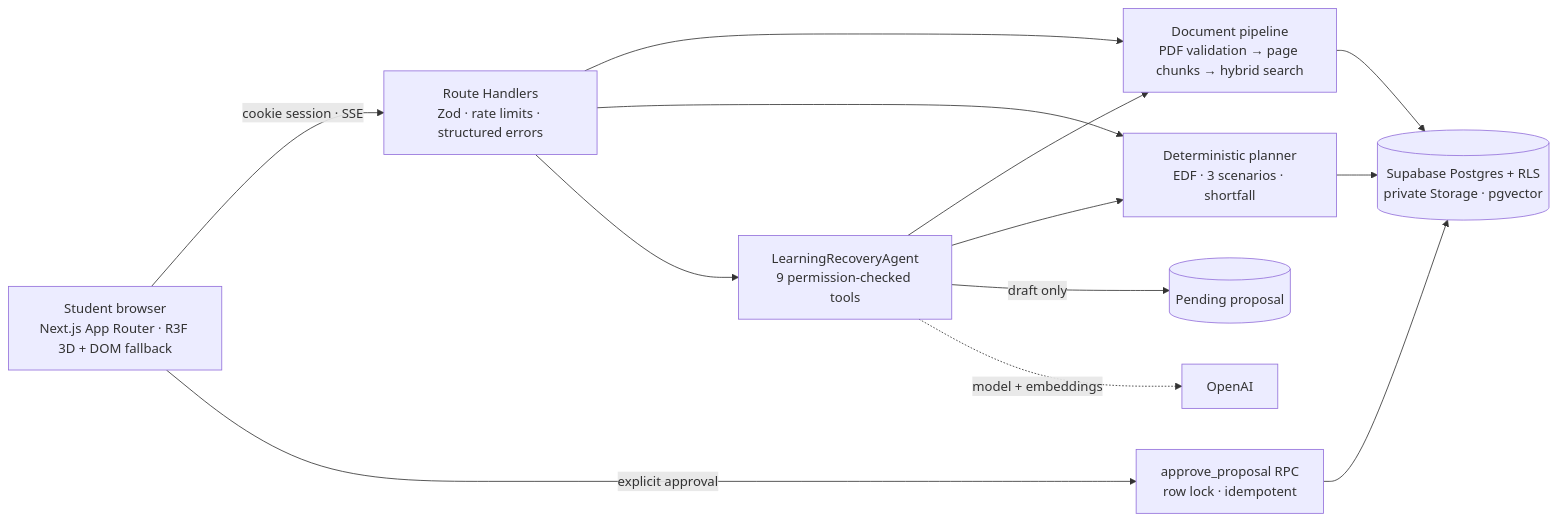
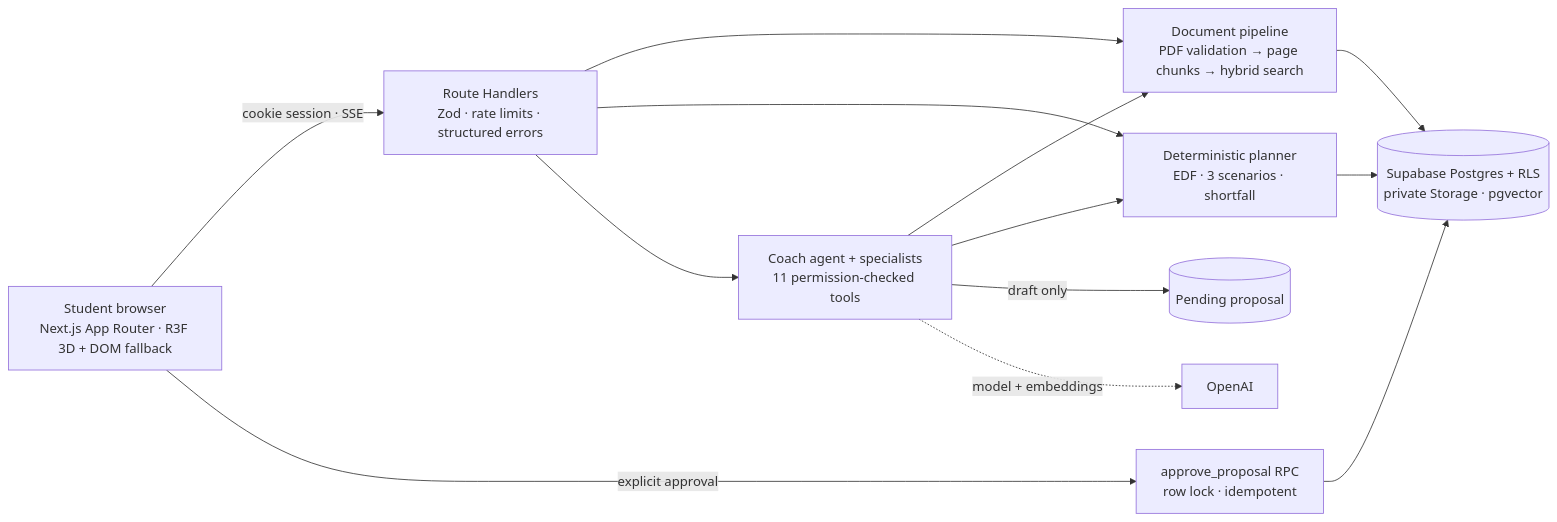
One commit to krish2105/CatchupAI-Agentic-AI changed the diagram in README.md. Above: the diagram before and after it, drawn with Mermaid. The commit also changed other lines of this file and 11 other files, not shown here.

````diff
--- a/README.md
+++ b/README.md
@@ -118,15 +132,15 @@
 ```mermaid
 flowchart LR
   U[Student browser<br/>Next.js App Router · R3F 3D + DOM fallback] -->|cookie session · SSE| API[Route Handlers<br/>Zod · rate limits · structured errors]
   API --> RAG[Document pipeline<br/>PDF validation → page chunks → hybrid search]
   API --> PLAN[Deterministic planner<br/>EDF · 3 scenarios · shortfall]
-  API --> AGENT[LearningRecoveryAgent<br/>9 permission-checked tools]
+  API --> AGENT[Coach agent + specialists<br/>11 permission-checked tools]
   AGENT --> RAG
   AGENT --> PLAN
   AGENT -->|draft only| PROP[(Pending proposal)]
   U -->|explicit approval| APPROVE[approve_proposal RPC<br/>row lock · idempotent]
   APPROVE --> DB[(Supabase Postgres + RLS<br/>private Storage · pgvector)]
   RAG --> DB
   PLAN --> DB
   AGENT -. model + embeddings .-> OAI[OpenAI]
 ```
````
